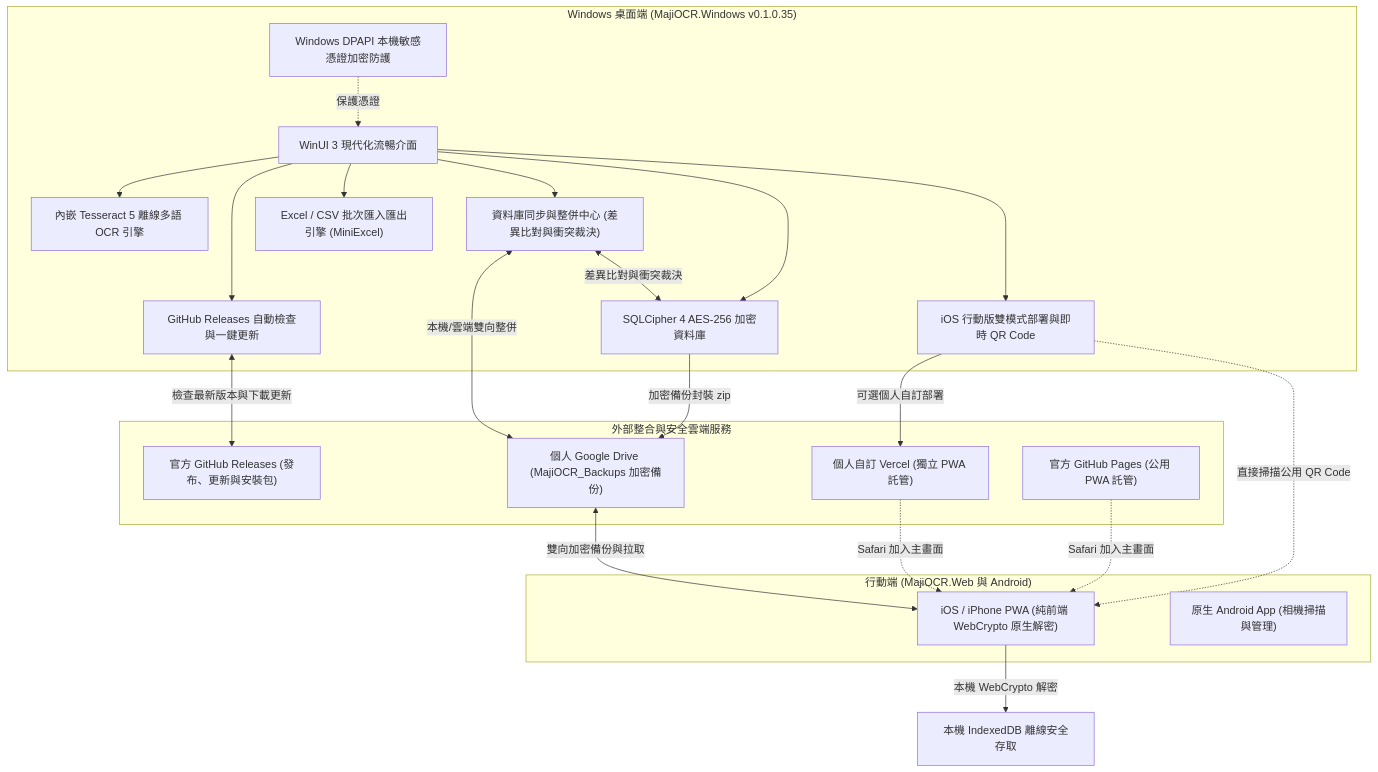
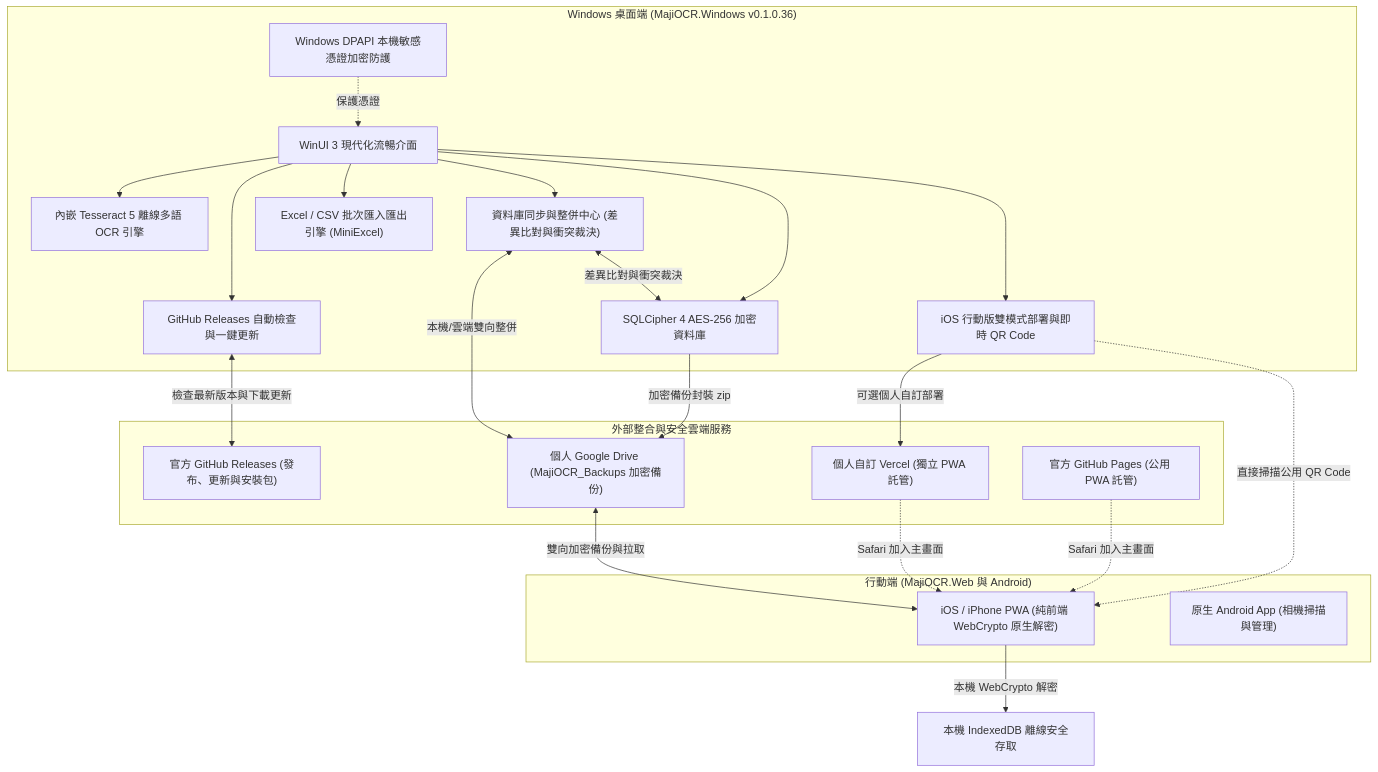
One commit to Ryan-tw-Hans/MajiStudio changed the diagram in README.md. Above: the diagram before and after it, drawn with Mermaid. The commit also changed other lines of this file and 10 other files, not shown here.

First line of the commit message:
feat: 發布 MajiOCR.Windows v0.1.0.36 (頂部檢查更新快捷鍵、選單匯入匯出子選單整併、名片多選與加密分享包 majicard) (ISSUE-0056, ISSUE-0057, ISSUE-0058)

````diff
--- a/README.md
+++ b/README.md
@@ -18,48 +18,48 @@
 ```mermaid
 graph TD
-    subgraph Desktop ["Windows 桌面端 (MajiOCR.Windows v0.1.0.35)"]
+    subgraph Desktop ["Windows 桌面端 (MajiOCR.Windows v0.1.0.36)"]
         WinUI["WinUI 3 現代化流暢介面"]
         Tess["內嵌 Tesseract 5 離線多語 OCR 引擎"]
         SQLCipher["SQLCipher 4 AES-256 加密資料庫"]
         SyncCenter["資料庫同步與整併中心 (差異比對與衝突裁決)"]
         ExcelEngine["Excel / CSV 批次匯入匯出引擎 (MiniExcel)"]
         AutoUpdate["GitHub Releases 自動檢查與一鍵更新"]
         DPAPI["Windows DPAPI 本機敏感憑證加密防護"]
         DualDeploy["iOS 行動版雙模式部署與即時 QR Code"]
     end
 
     subgraph Cloud ["外部整合與安全雲端服務"]
         GHReleases["官方 GitHub Releases (發布、更新與安裝包)"]
         GHPages["官方 GitHub Pages (公用 PWA 託管)"]
         GDrive["個人 Google Drive (MajiOCR_Backups 加密備份)"]
         Vercel["個人自訂 Vercel (獨立 PWA 託管)"]
     end
 
     subgraph Mobile ["行動端 (MajiOCR.Web 與 Android)"]
         PWA["iOS / iPhone PWA (純前端 WebCrypto 原生解密)"]
         AndroidApp["原生 Android App (相機掃描與管理)"]
     end
 
     %% Windows 內部關聯
     WinUI --> Tess
     WinUI --> SQLCipher
     WinUI --> SyncCenter
     WinUI --> ExcelEngine
     WinUI --> AutoUpdate
     WinUI --> DualDeploy
     DPAPI -.->|保護憑證| WinUI
 
     %% 桌面端與雲端/發布關聯
     AutoUpdate <-->|檢查最新版本與下載更新| GHReleases
     DualDeploy -.->|直接掃描公用 QR Code| PWA
     DualDeploy -->|可選個人自訂部署| Vercel
     GHPages -.->|Safari 加入主畫面| PWA
     Vercel -.->|Safari 加入主畫面| PWA
     SQLCipher -->|加密備份封裝 zip| GDrive
     GDrive <-->|雙向加密備份與拉取| PWA
     SyncCenter <-->|本機/雲端雙向整併| GDrive
     SyncCenter <-->|差異比對與衝突裁決| SQLCipher
 
     %% 行動端內部
     PWA -->|本機 WebCrypto 解密| IndexedDB["本機 IndexedDB 離線安全存取"]
 ```
````
